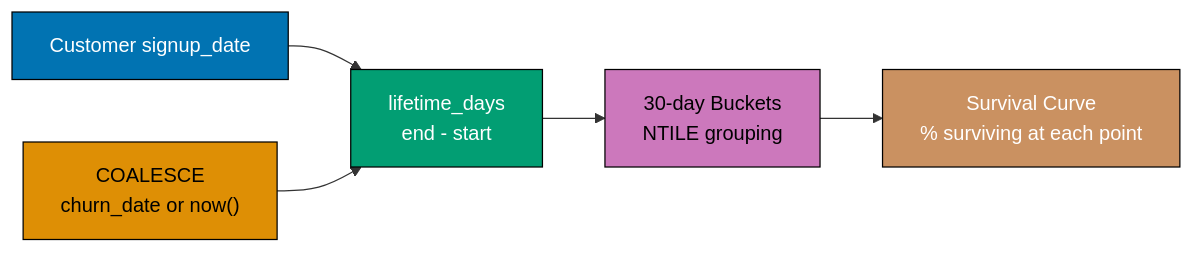
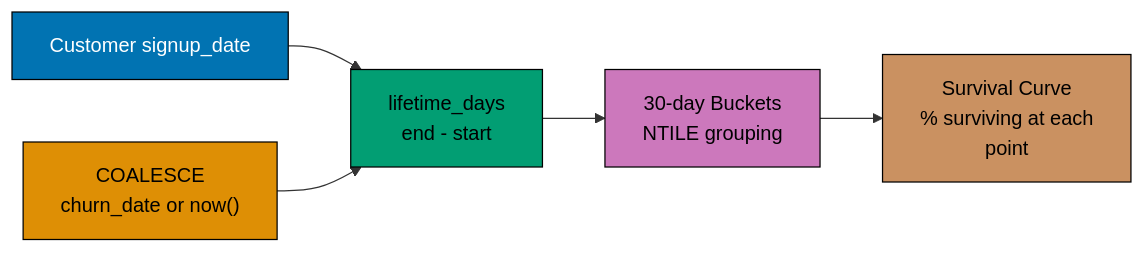
Before and after one commit to wahidyankf/ose-public: the fifth of 10 diagrams in apps/ayokoding-www/content/en/learn/legacy/software-engineering/data/databases/sql/by-example/advanced.md, drawn with Mermaid. The commit also changed other lines of this file and 131 other files, not shown here.

First line of the commit message:
fix(mermaid): bring the legacy data, infrastructure, and testing diagrams onto the accessible palette

````diff
--- a/apps/ayokoding-www/content/en/learn/legacy/software-engineering/data/databases/sql/by-example/advanced.md
+++ b/apps/ayokoding-www/content/en/learn/legacy/software-engineering/data/databases/sql/by-example/advanced.md
@@ -642,20 +673,28 @@
 ```mermaid
 %% Color Palette: Blue #0173B2, Orange #DE8F05, Teal #029E73, Purple #CC78BC, Brown #CA9161
 graph LR
+    accTitle: Example 65: Survival Analysis
+    accDescr: Graph with 5 nodes and 4 connections. Nodes: Customer signup_date, COALESCE churn_date or now(), lifetime_days end - start, 30-day Buckets NTILE grouping, Survival Curve surviving at each point. Connections: Customer signup_date to lifetime_days end - start, COALESCE churn_date or now() to lifetime_days end - start, lifetime_days end - start to 30-day Buckets NTILE grouping, 30-day Buckets NTILE grouping to Survival Curve surviving at each point.
     A["Customer signup_date"]
     B["COALESCE<br/>churn_date or now()"]
     C["lifetime_days<br/>end - start"]
     D["30-day Buckets<br/>NTILE grouping"]
-    E["Survival Curve<br/>% surviving at each point"]
+    E["Survival Curve<br/>% surviving at each<br/>point"]
 
     A --> C
     B --> C
     C --> D
     D --> E
 
-    style A fill:#0173B2,stroke:#000,color:#fff
-    style B fill:#DE8F05,stroke:#000,color:#000
-    style C fill:#029E73,stroke:#000,color:#fff
-    style D fill:#CC78BC,stroke:#000,color:#000
-    style E fill:#CA9161,stroke:#000,color:#fff
+    classDef pal-0173B2 fill:#0173B2,stroke:#000000,color:#FFFFFF
+    class A pal-0173B2
+    classDef pal-DE8F05 fill:#DE8F05,stroke:#000000,color:#000000
+    class B pal-DE8F05
+    classDef pal-029E73 fill:#029E73,stroke:#000000,color:#000000
+    class C pal-029E73
+    classDef pal-CC78BC fill:#CC78BC,stroke:#000000,color:#000000
+    class D pal-CC78BC
+    classDef pal-CA9161 fill:#CA9161,stroke:#000000,color:#000000
+    class E pal-CA9161
+    classDef default fill:#FFFFFF,stroke:#000000,color:#000000
 ```
````
